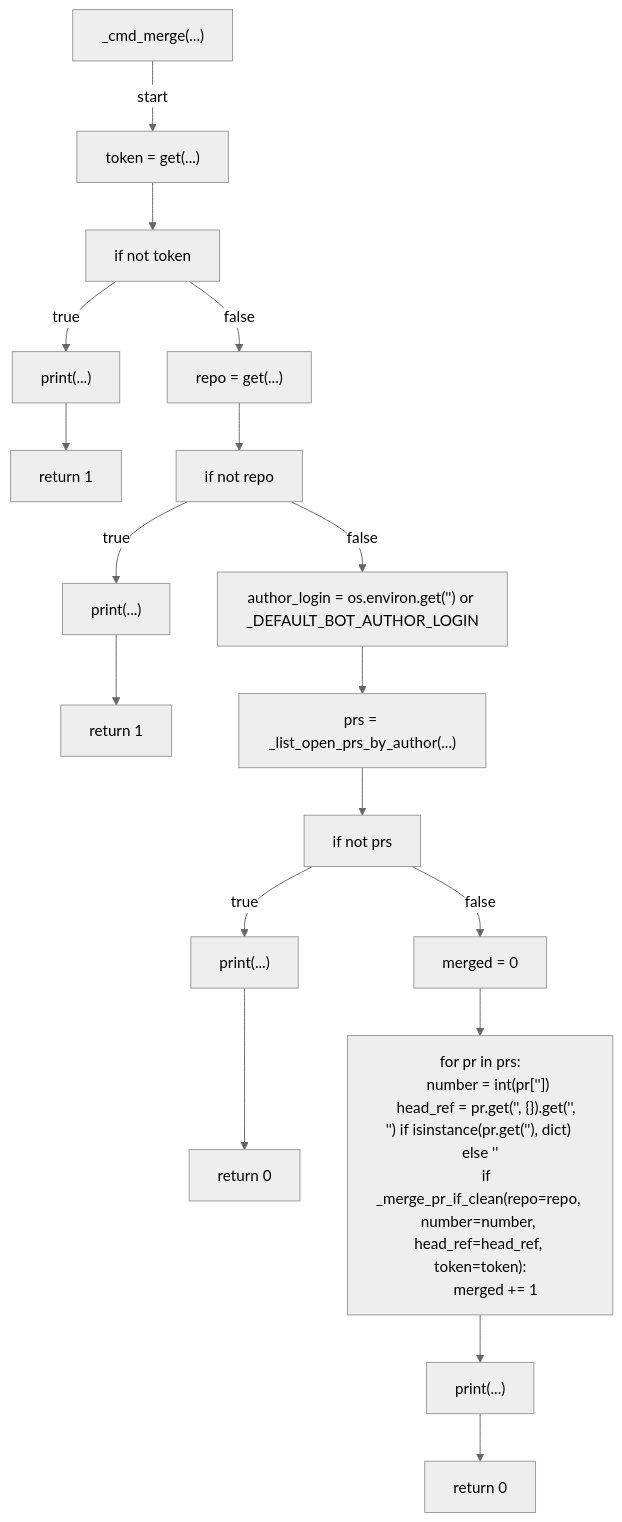
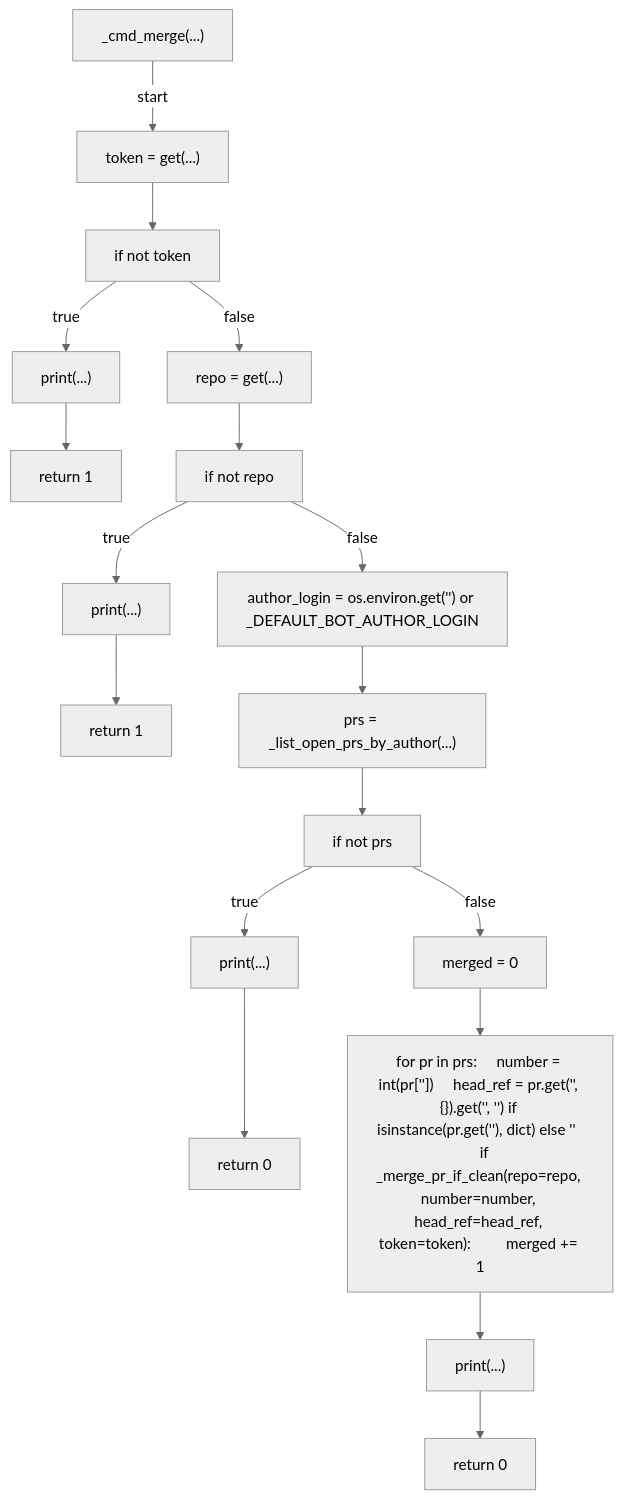
One commit to tvna/claude-md changed the first of 2 diagrams in docs/generated/scripts/ast/bot_pr_automerge.md. Above: the diagram before and after it, drawn with Mermaid (neutral theme). The commit also changed 20 other files, not shown here.

First line of the commit message:
docs(generated): regenerate decision tree and workflow diagrams (batch 1/5)

````diff
--- a/docs/generated/scripts/ast/bot_pr_automerge.md
+++ b/docs/generated/scripts/ast/bot_pr_automerge.md
@@ -7,42 +7,38 @@
 ```mermaid
 flowchart TD
     N001["_cmd_merge(...)"]
     N002["token = get(...)"]
     N003["if not token"]
     N004["print(...)"]
     N005["return 1"]
     N006["repo = get(...)"]
     N007["if not repo"]
     N008["print(...)"]
     N009["return 1"]
     N010["author_login = os.environ.get('<str>') or _DEFAULT_BOT_AUTHOR_LOGIN"]
     N011["prs = _list_open_prs_by_author(...)"]
     N012["if not prs"]
     N013["print(...)"]
     N014["return 0"]
     N015["merged = 0"]
-    N016["for pr in prs:
-    number = int(pr['<str>'])
-    head_ref = pr.get('<str>', {}).get('<str>', '<str>') if isinstance(pr.get('<str>'), dict) else '<str>'
-    if _merge_pr_if_clean(repo=repo, number=number, head_ref=head_ref, token=token):
-        merged += 1"]
+    N016["for pr in prs:     number = int(pr['<str>'])     head_ref = pr.get('<str>', {}).get('<str>', '<str>') if isinstance(pr.get('<str>'), dict) else '<str>'     if _merge_pr_if_clean(repo=repo, number=number, head_ref=head_ref, token=token):         merged += 1"]
     N017["print(...)"]
     N018["return 0"]
     N001 -->|"start"| N002
     N002 --> N003
     N003 -->|"true"| N004
     N004 --> N005
     N003 -->|"false"| N006
     N006 --> N007
     N007 -->|"true"| N008
     N008 --> N009
     N007 -->|"false"| N010
     N010 --> N011
     N011 --> N012
     N012 -->|"true"| N013
     N013 --> N014
     N012 -->|"false"| N015
     N015 --> N016
     N016 --> N017
     N017 --> N018
 ```
````
